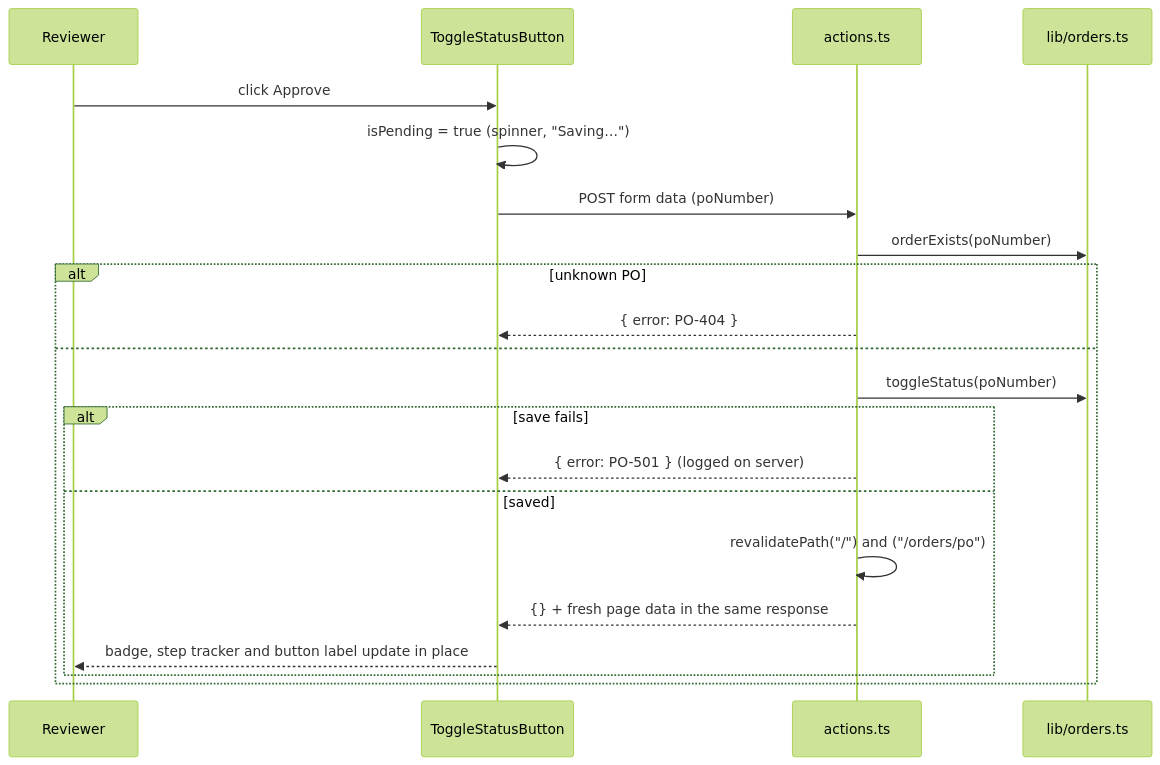
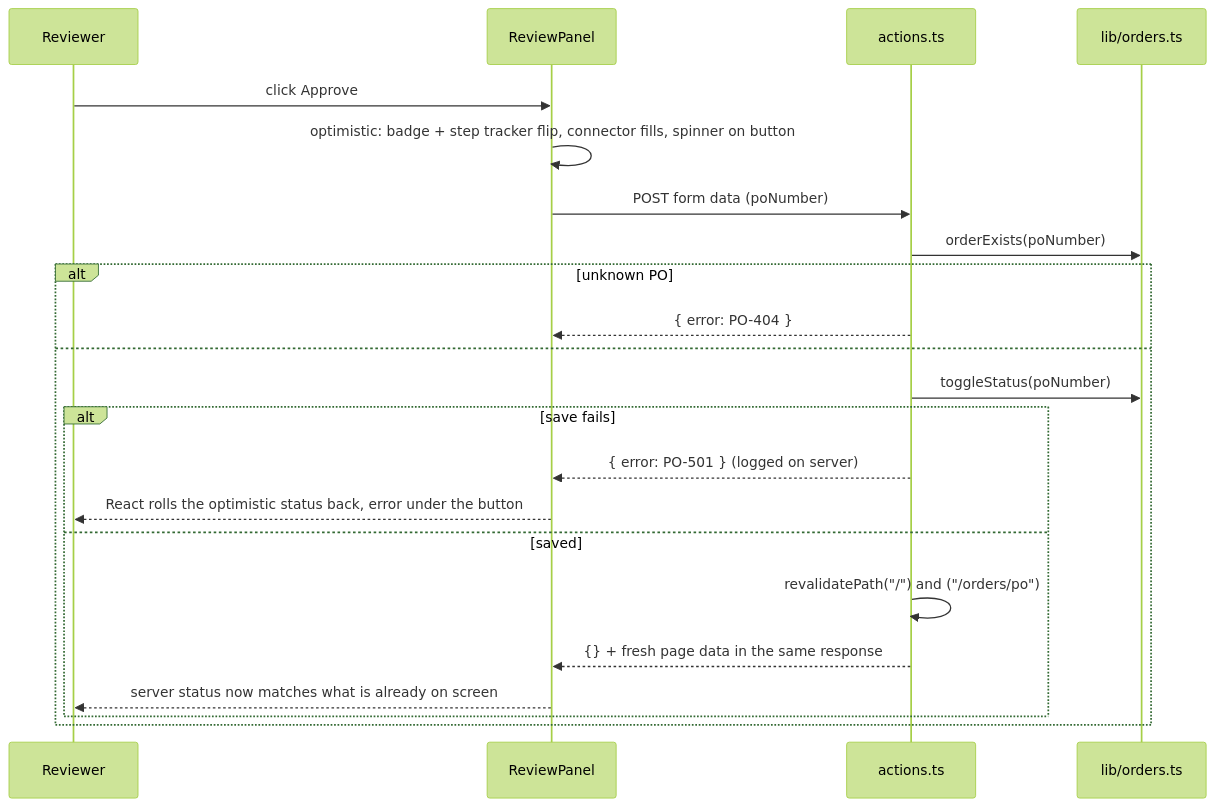
One commit to TRUPALIX9/bhf-take-home changed the fifth of 10 diagrams in docs/DESIGN.md. Above: the diagram before and after it, drawn with Mermaid (forest theme). The commit also changed other lines of this file and 30 other files, not shown here.

First line of the commit message:
Design system, animated optimistic review flow, README screenshots

````diff
--- a/docs/DESIGN.md
+++ b/docs/DESIGN.md
@@ -98,23 +101,24 @@
 ```mermaid
 sequenceDiagram
   participant U as Reviewer
-  participant BTN as ToggleStatusButton
+  participant BTN as ReviewPanel
   participant A as actions.ts
   participant O as lib/orders.ts
   U->>BTN: click Approve
-  BTN->>BTN: isPending = true (spinner, "Saving…")
+  BTN->>BTN: optimistic: badge + step tracker flip, connector fills, spinner on button
   BTN->>A: POST form data (poNumber)
   A->>O: orderExists(poNumber)
   alt unknown PO
     A-->>BTN: { error: PO-404 }
   else
     A->>O: toggleStatus(poNumber)
     alt save fails
       A-->>BTN: { error: PO-501 } (logged on server)
+      BTN-->>U: React rolls the optimistic status back, error under the button
     else saved
       A->>A: revalidatePath("/") and ("/orders/po")
       A-->>BTN: {} + fresh page data in the same response
-      BTN-->>U: badge, step tracker and button label update in place
+      BTN-->>U: server status now matches what is already on screen
     end
   end
 ```
````
